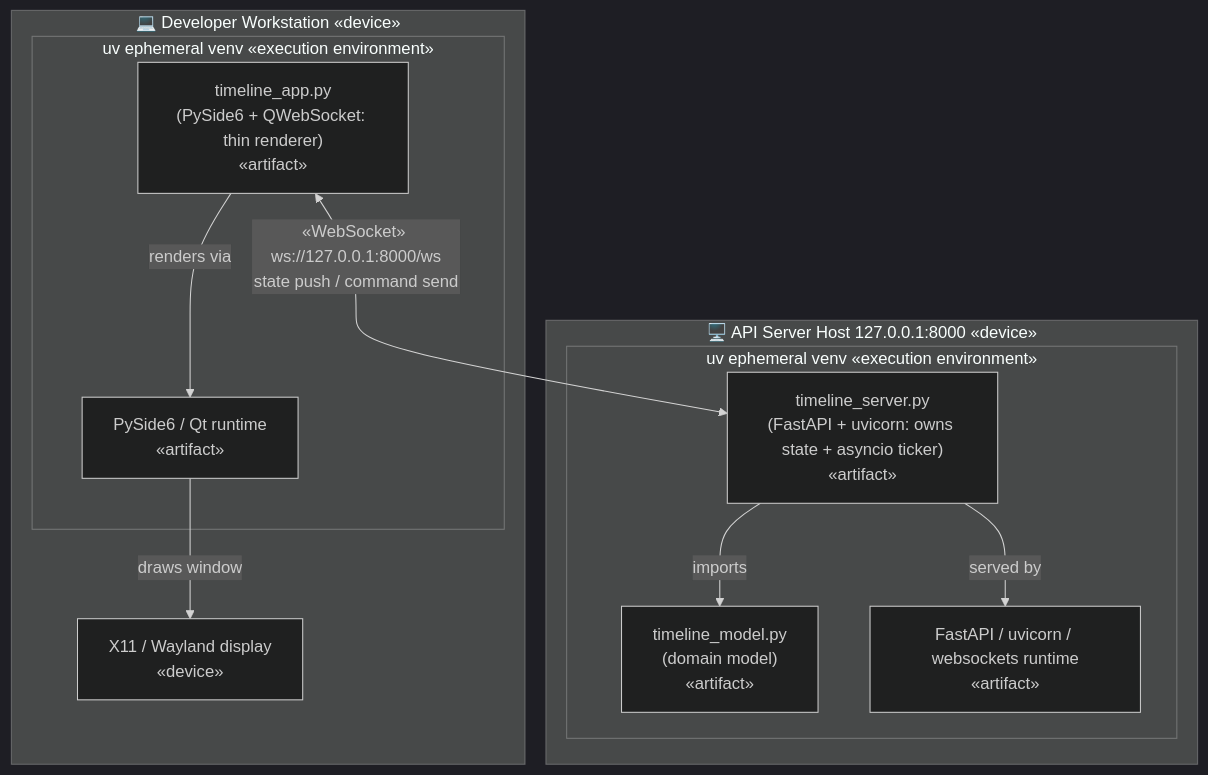
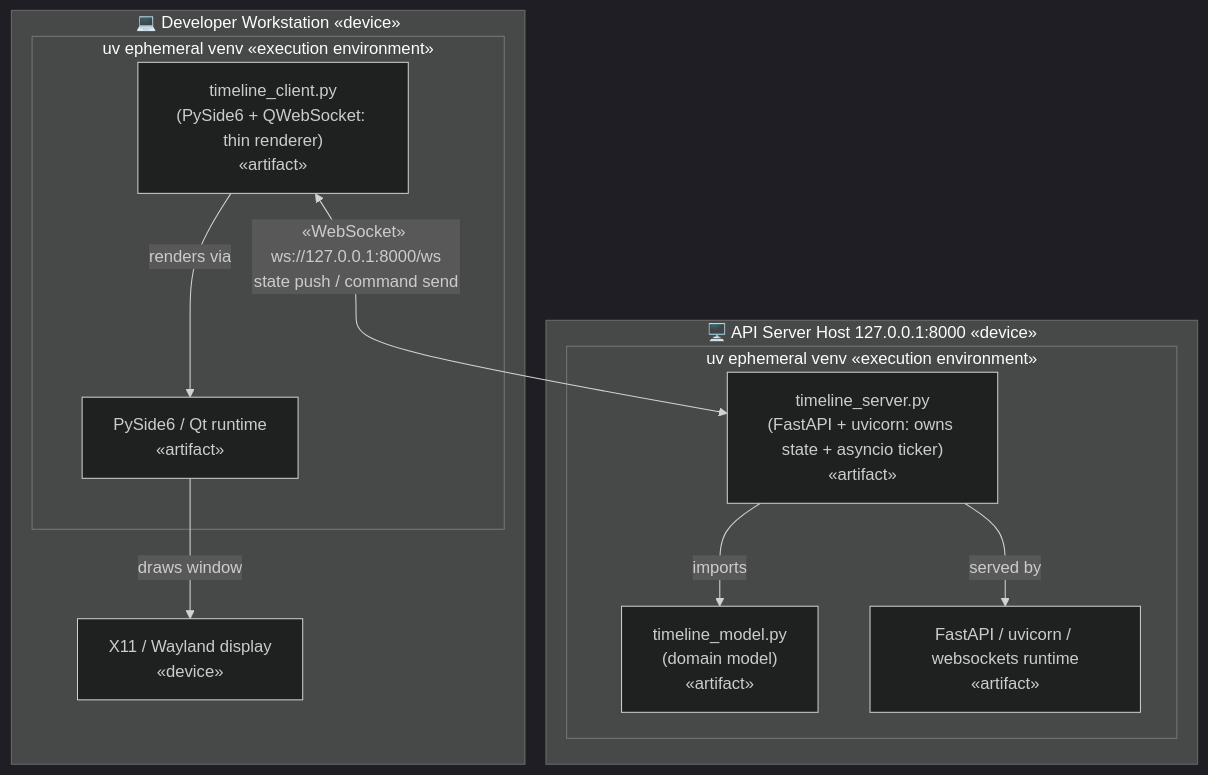
The second of 3 diagrams in README.md (thomanil/tech-sandbox), drawn with Mermaid (dark theme) before and after one commit. The commit also changed other lines of this file and 4 other files, not shown here.

````diff
--- a/README.md
+++ b/README.md
@@ -93,24 +97,24 @@
 ```mermaid
 flowchart TB
   subgraph clientdev["💻 Developer Workstation &laquo;device&raquo;"]
     subgraph uvclient["uv ephemeral venv &laquo;execution environment&raquo;"]
-      client["timeline_app.py<br/>(PySide6 + QWebSocket: thin renderer)<br/>&laquo;artifact&raquo;"]
+      client["timeline_client.py<br/>(PySide6 + QWebSocket: thin renderer)<br/>&laquo;artifact&raquo;"]
       qt["PySide6 / Qt runtime<br/>&laquo;artifact&raquo;"]
     end
     display["X11 / Wayland display<br/>&laquo;device&raquo;"]
   end
 
   subgraph serverdev["🖥️ API Server Host 127.0.0.1:8000 &laquo;device&raquo;"]
     subgraph uvserver["uv ephemeral venv &laquo;execution environment&raquo;"]
       server["timeline_server.py<br/>(FastAPI + uvicorn: owns state + asyncio ticker)<br/>&laquo;artifact&raquo;"]
       model["timeline_model.py<br/>(domain model)<br/>&laquo;artifact&raquo;"]
       fastapi["FastAPI / uvicorn / websockets runtime<br/>&laquo;artifact&raquo;"]
     end
   end
 
   client <-->|"&laquo;WebSocket&raquo; ws://127.0.0.1:8000/ws<br/>state push / command send"| server
   server -->|imports| model
   server -->|served by| fastapi
   client -->|renders via| qt
   qt -->|draws window| display
 ```
````
